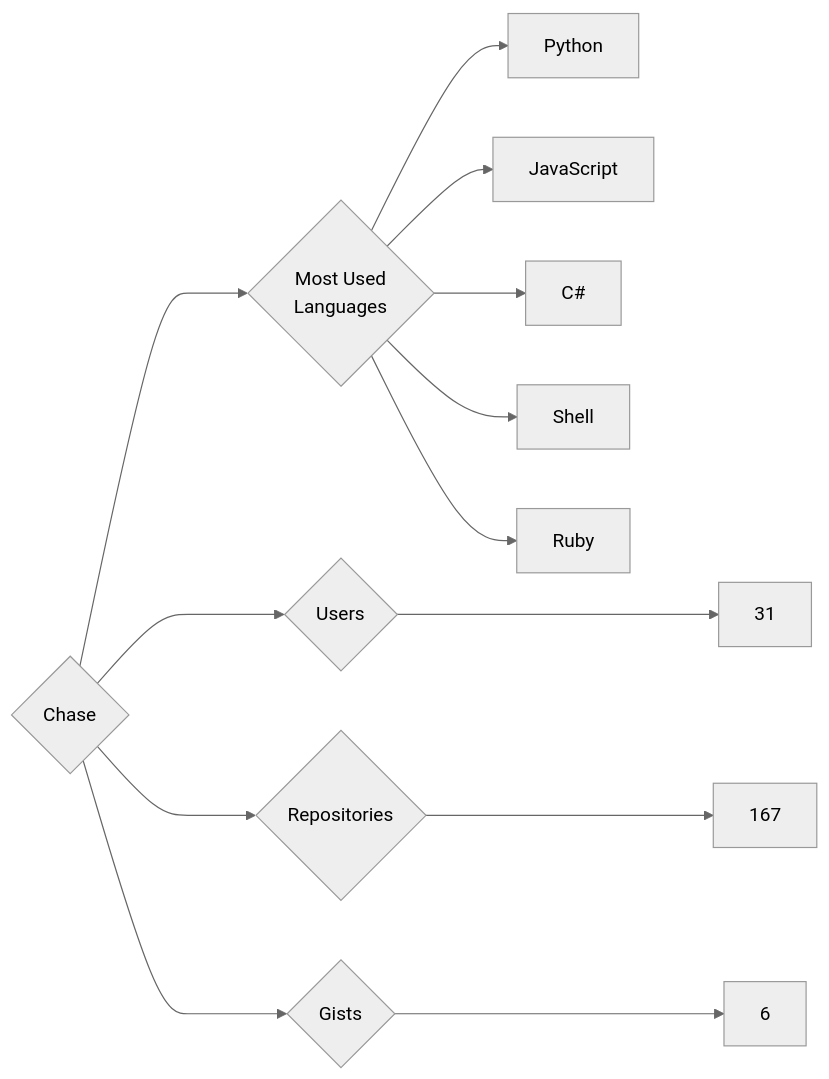
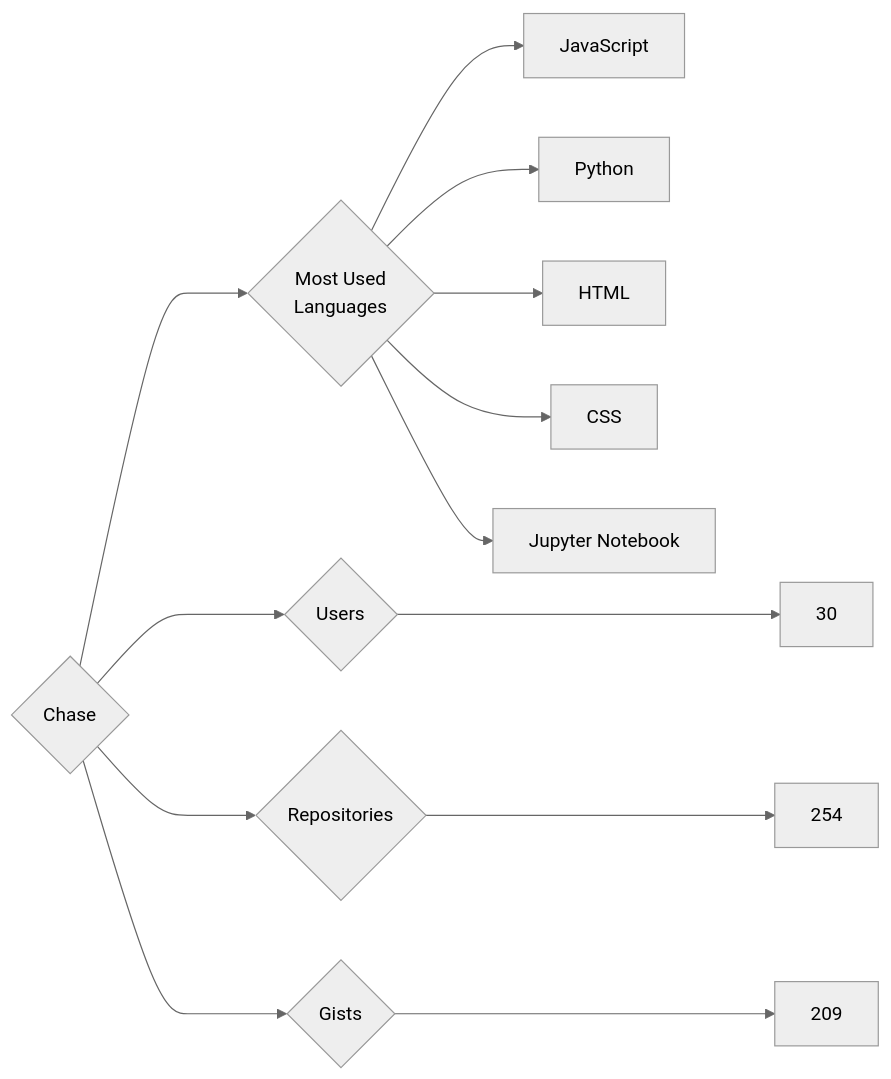
Before and after one commit to trickest/insiders: the diagram in targets/Chase/README.md, drawn with Mermaid (neutral theme). The commit also changed 934 other files, not shown here.

````diff
--- a/targets/Chase/README.md
+++ b/targets/Chase/README.md
@@ -3,13 +3,13 @@
 ```mermaid
 graph LR
 COMPANY_NAME{Chase}
-COMPANY_NAME ---> U{Users} ---> UN[31]
-COMPANY_NAME ---> R{Repositories} ---> RN[167]
-COMPANY_NAME ---> G{Gists} ---> GN[6]
+COMPANY_NAME ---> U{Users} ---> UN[30]
+COMPANY_NAME ---> R{Repositories} ---> RN[254]
+COMPANY_NAME ---> G{Gists} ---> GN[209]
 COMPANY_NAME ---> ML{Most Used<br>Languages}
+ML --> JavaScript[JavaScript]
 ML --> Python[Python]
-ML --> JavaScript[JavaScript]
-ML --> C#[C#]
-ML --> Shell[Shell]
-ML --> Ruby[Ruby]
+ML --> HTML[HTML]
+ML --> CSS[CSS]
+ML --> Jupyter_Notebook[Jupyter Notebook]
 ```
````
